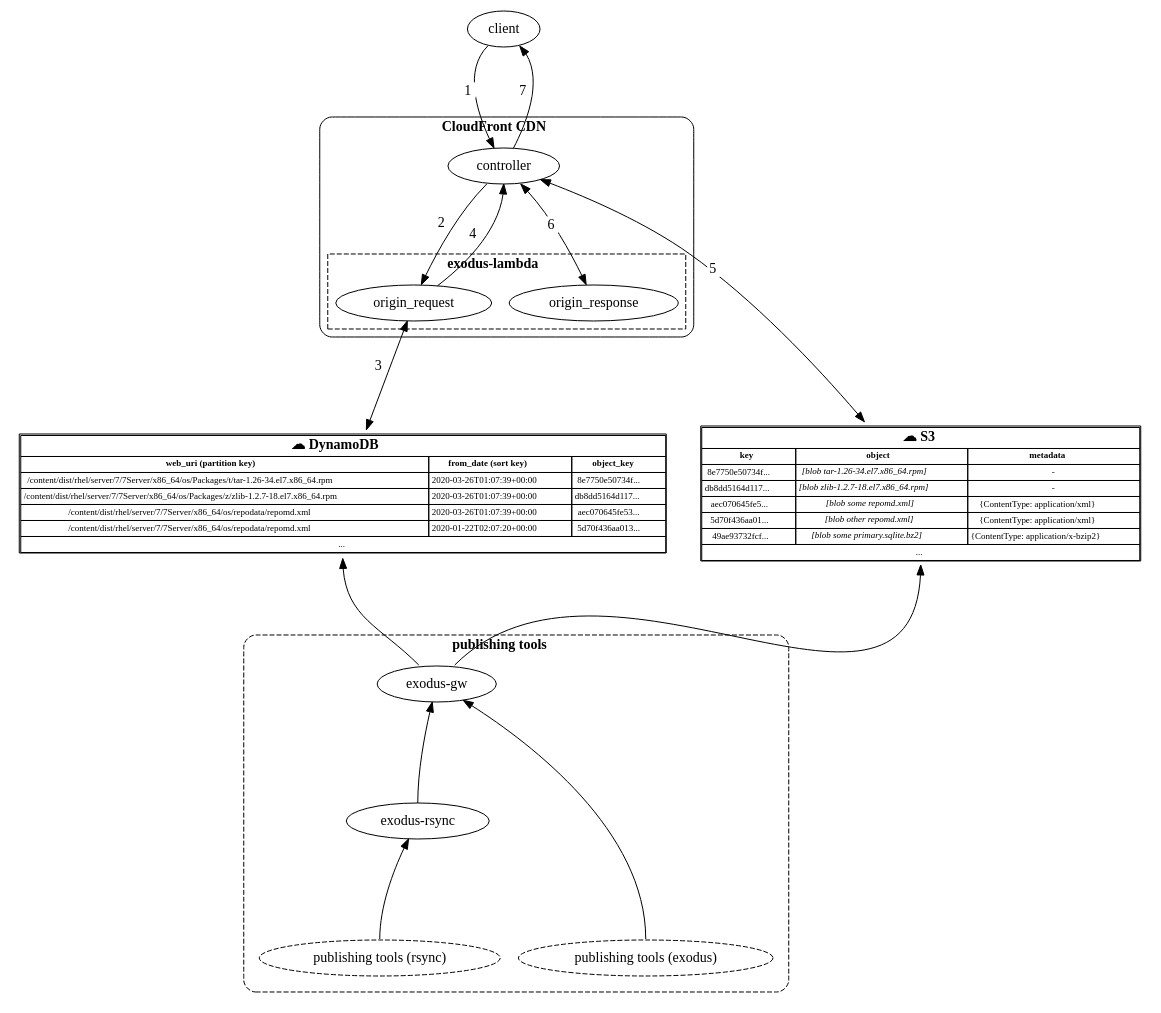
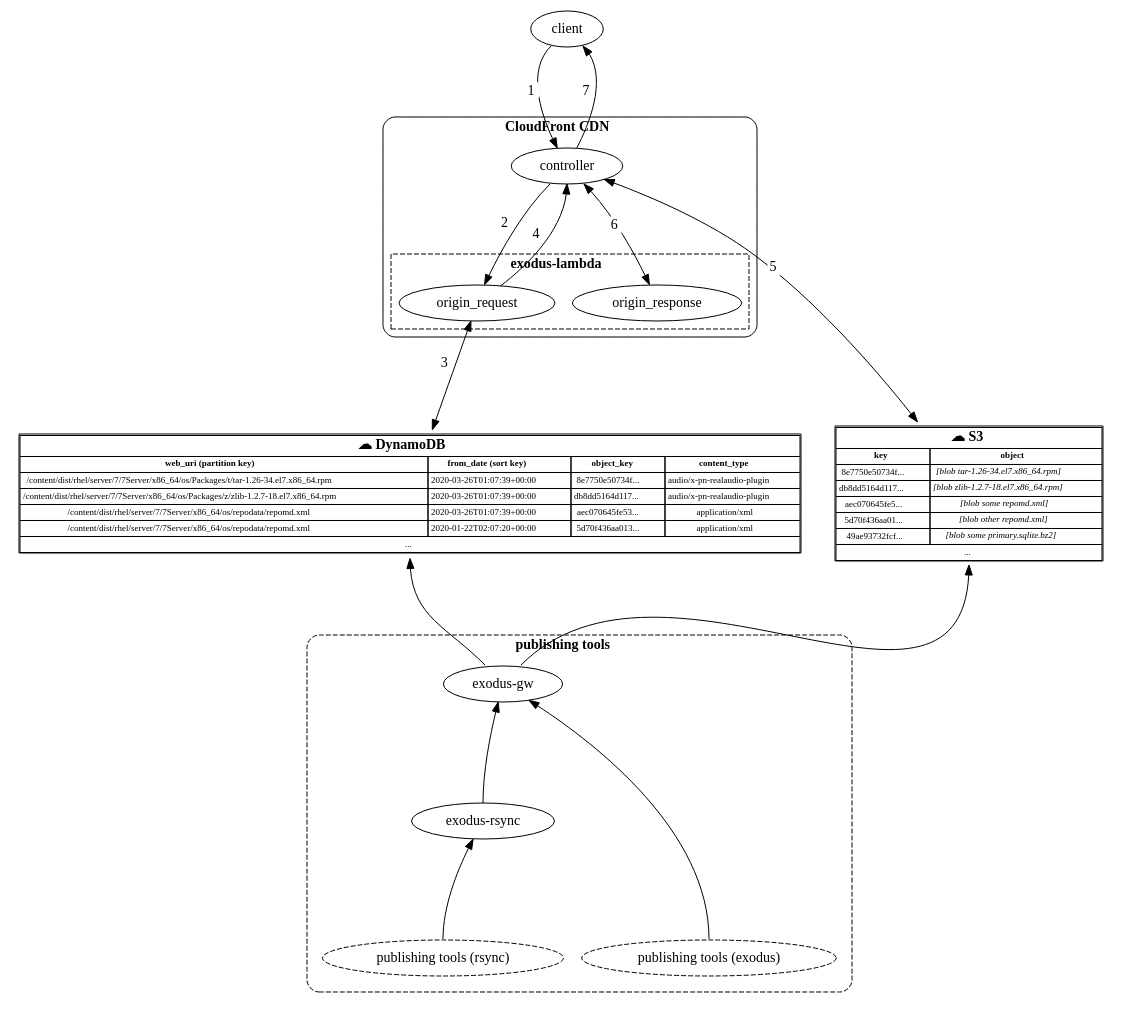
One commit to release-engineering/exodus-lambda changed the diagram in docs/arch.gv. Above: the diagram before and after it, drawn with Graphviz. The commit also changed 5 other files, not shown here.

Commit message:
Move exodus Content-Type handling from S3 to DynamoDB

```diff
--- a/docs/arch.gv
+++ b/docs/arch.gv
@@ -1,160 +1,159 @@
 digraph {
     ranksep="1.4";
 
     # These are arranged and labelled to communicate the
     # sequence of events when a request is processed.
     # Try to keep them in this order.
     client:sw -> controller [
         xlabel=< <table bgcolor="white" border="0" cellborder="0" cellpadding="0" style="rounded"><tr><td>1</td></tr></table> >
     ]
 
     controller:sw -> origin_request [
         xlabel=< <table bgcolor="white" border="0" cellborder="0" cellpadding="0" style="rounded"><tr><td>2</td></tr></table> >
     ]
 
     origin_request -> db [
         xlabel=< <table bgcolor="white" border="0" cellborder="0" cellpadding="0" style="rounded"><tr><td>3</td></tr></table> >,
         dir=both
     ]
 
     origin_request -> controller:s [
         xlabel=< <table bgcolor="white" border="0" cellborder="0" cellpadding="0" style="rounded"><tr><td>4</td></tr></table> >
     ]
 
     controller -> S3 [
         xlabel=< <table bgcolor="white" border="0" cellborder="0" cellpadding="0" style="rounded"><tr><td>5</td></tr></table> >,
         dir=both
     ]
 
     controller:se -> origin_response [
         xlabel=< <table bgcolor="white" border="0" cellborder="0" cellpadding="0" style="rounded"><tr><td>6</td></tr></table> >,
         dir=both
     ]
 
     controller -> client:se [
         xlabel=< <table bgcolor="white" border="0" cellborder="0" cellpadding="0" style="rounded"><tr><td>7</td></tr></table> >
     ]
 
     # publishing tools are mentioned, but do not participate
     # in the request processing.
     # Connection order here is reversed to force the publishing tools to the bottom
     # of the graph, which makes them stand out a bit more.
     S3:s -> exodus_gw:ne [dir="back"]
     db:s -> exodus_gw:nw [dir="back"]
 
     exodus_gw -> exodus_rsync:n [dir="back"];
     exodus_gw -> native_tools:n [dir="back"];
     exodus_rsync -> legacy_tools:n [dir="back"];
 
     client [label="client"]
     exodus_gw [label="exodus-gw"];
     exodus_rsync [label="exodus-rsync"];
     legacy_tools [label="publishing tools (rsync)", style="dashed"];
     native_tools [label="publishing tools (exodus)", style="dashed"];
 
     db [
         shape=plaintext
         fontsize=9
         label=<
 
             <table border='1' cellborder='1' cellspacing='0'>
-                <tr><td colspan='3'><font point-size="14"><b>☁ DynamoDB</b></font></td></tr>
+                <tr><td colspan='4'><font point-size="14"><b>☁ DynamoDB</b></font></td></tr>
                 <tr>
                     <td><b>web_uri (partition key)</b></td>
                     <td><b>from_date (sort key)</b></td>
                     <td><b>object_key</b></td>
+                    <td><b>content_type</b></td>
                 </tr>
                 <tr>
                     <td>/content/dist/rhel/server/7/7Server/x86_64/os/Packages/t/tar-1.26-34.el7.x86_64.rpm</td>
                     <td>2020-03-26T01:07:39+00:00</td>
                     <td>8e7750e50734f...</td>
+                    <td>audio/x-pn-realaudio-plugin</td>
                 </tr>
                 <tr>
                     <td>/content/dist/rhel/server/7/7Server/x86_64/os/Packages/z/zlib-1.2.7-18.el7.x86_64.rpm</td>
                     <td>2020-03-26T01:07:39+00:00</td>
                     <td>db8dd5164d117...</td>
+                    <td>audio/x-pn-realaudio-plugin</td>
                 </tr>
                 <tr>
                     <td>/content/dist/rhel/server/7/7Server/x86_64/os/repodata/repomd.xml</td>
                     <td>2020-03-26T01:07:39+00:00</td>
                     <td>aec070645fe53...</td>
+                    <td>application/xml</td>
                 </tr>
                 <tr>
                     <td>/content/dist/rhel/server/7/7Server/x86_64/os/repodata/repomd.xml</td>
                     <td>2020-01-22T02:07:20+00:00</td>
                     <td>5d70f436aa013...</td>
+                    <td>application/xml</td>
                 </tr>
-                <tr><td colspan='3'>...</td></tr>
+                <tr><td colspan='4'>...</td></tr>
             </table>
         >
     ];
 
     S3 [
         shape=plaintext
         fontsize=9
         label=<
 
                 <table border='1' cellborder='1' cellspacing='0'>
-                    <tr><td colspan='3'><font point-size="14"><b>☁ S3</b></font></td></tr>
+                    <tr><td colspan='2'><font point-size="14"><b>☁ S3</b></font></td></tr>
                     <tr>
                         <td><b>key</b></td>
                         <td><b>object</b></td>
-                        <td><b>metadata</b></td>
                     </tr>
                     <tr>
                         <td>8e7750e50734f...</td>
                         <td><i>[blob tar-1.26-34.el7.x86_64.rpm]</i></td>
-                        <td>-</td>
                     </tr>
                     <tr>
                         <td>db8dd5164d117...</td>
                         <td><i>[blob zlib-1.2.7-18.el7.x86_64.rpm]</i></td>
-                        <td>-</td>
                     </tr>
                     <tr>
                         <td>aec070645fe5...</td>
                         <td><i>[blob some repomd.xml]</i></td>
-                        <td>{ContentType: application/xml}</td>
                     </tr>
                     <tr>
                         <td>5d70f436aa01...</td>
                         <td><i>[blob other repomd.xml]</i></td>
-                        <td>{ContentType: application/xml}</td>
                     </tr>
                     <tr>
                         <td>49ae93732fcf...</td>
                         <td><i>[blob some primary.sqlite.bz2]</i></td>
-                        <td>{ContentType: application/x-bzip2}</td>
                     </tr>
-                    <tr><td colspan='3'>...</td></tr>
+                    <tr><td colspan='2'>...</td></tr>
                 </table>
         >
     ];
 
     subgraph cluster_0 {
         label=< <b>CloudFront CDN</b> >
         style="rounded";
         controller;
         subgraph cluster_1 {
             label=<<b>exodus-lambda</b>>;
             style="dashed";
             rank=same
             origin_request;
             origin_response;
         }
     }
 
     subgraph cluster_10 {
         label=< <b>publishing tools</b> >
         style="dashed,rounded";
         exodus_gw;
         exodus_rsync;
         subgraph cluster_11 {
             label="";
             style="invis";
             rank=same;
             legacy_tools;
             native_tools;
         }
     }
 }
```
